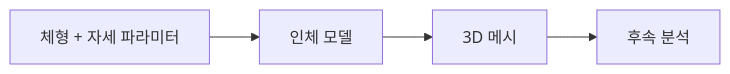
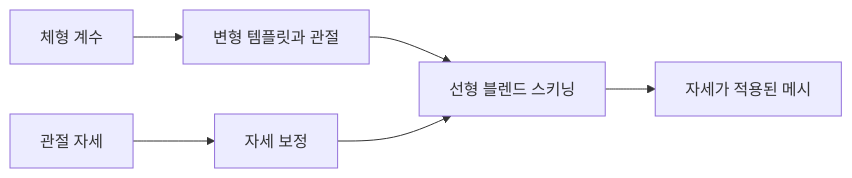
One commit to james-joobs/awesome-nvidia-physical-ai changed the diagram in docs/ko/smpl.md. Above: the diagram before and after it, drawn with Mermaid. The commit also changed other lines of this file and 187 other files, not shown here.

Commit message:
Expand bilingual guides with official architecture references

````diff
--- a/docs/ko/smpl.md
+++ b/docs/ko/smpl.md
@@ -11,4 +11,8 @@
 ```mermaid
 flowchart LR
-    A["체형 + 자세 파라미터"] --> B["인체 모델"] --> C["3D 메시"] --> D["후속 분석"]
+    B["체형 계수"] --> T["변형 템플릿과 관절"]
+    P["관절 자세"] --> C["자세 보정"]
+    T --> S["선형 블렌드 스키닝"]
+    C --> S
+    S --> M["자세가 적용된 메시"]
 ```
````
